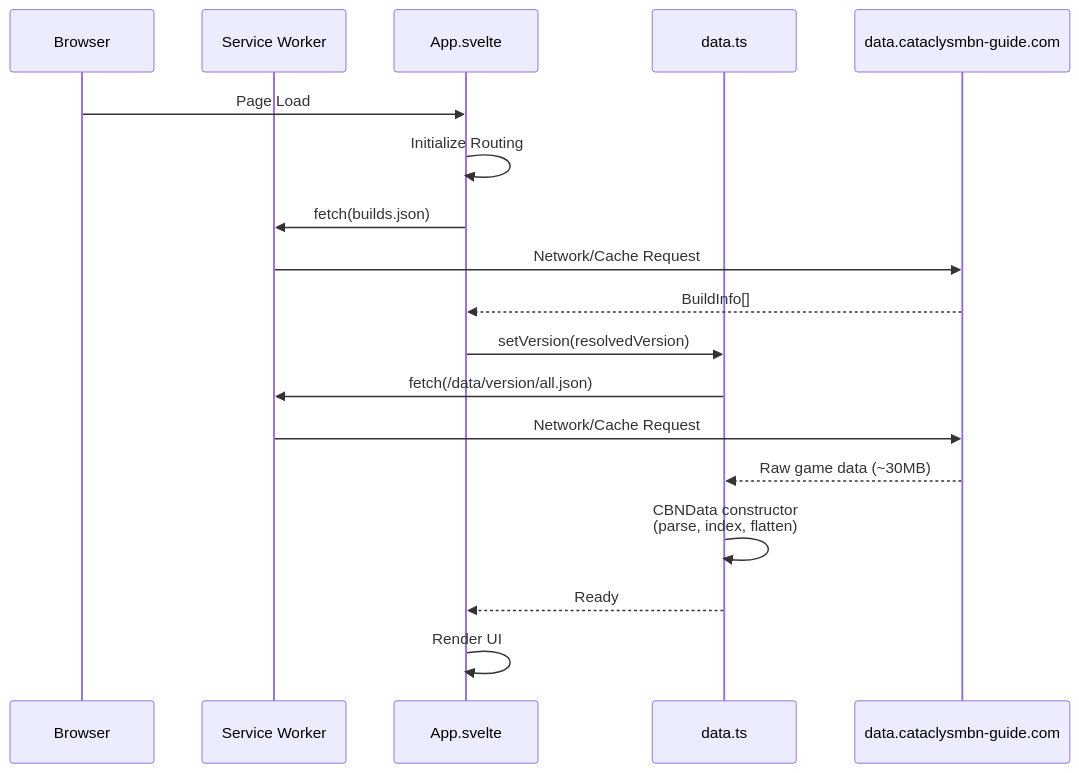
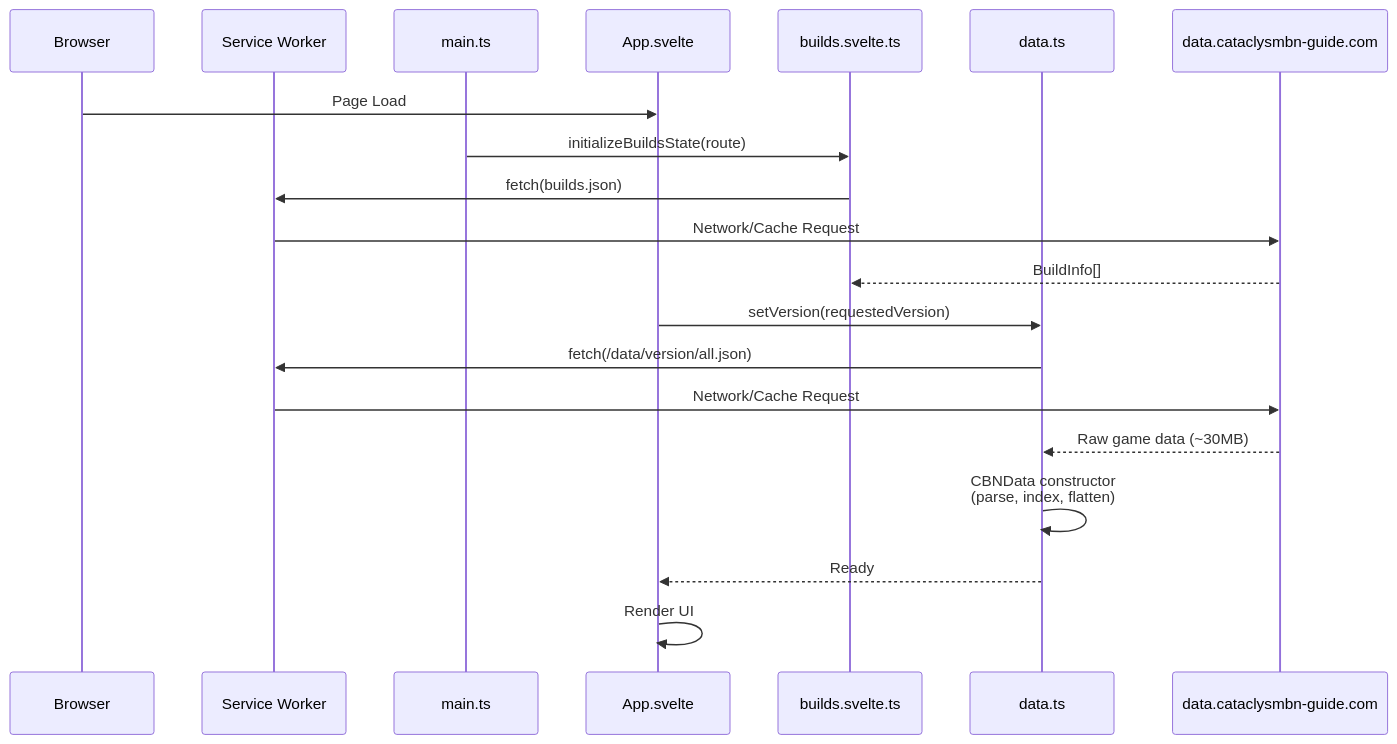
The fourth of 8 diagrams in docs/architecture.md (ushkinaz/cbn-guide), drawn with Mermaid before and after one commit. The commit also changed other lines of this file and 36 other files, not shown here.

````diff
--- a/docs/architecture.md
+++ b/docs/architecture.md
@@ -155,24 +161,26 @@
 ```mermaid
 sequenceDiagram
     participant Browser
     participant SW as Service Worker
+    participant Main as main.ts
     participant App as App.svelte
+    participant Builds as builds.svelte.ts
     participant Data as data.ts
     participant Ext as data.cataclysmbn-guide.com
 
     Browser->>App: Page Load
-    App->>App: Initialize Routing
-    App->>SW: fetch(builds.json)
+    Main->>Builds: initializeBuildsState(route)
+    Builds->>SW: fetch(builds.json)
     SW->>Ext: Network/Cache Request
-    Ext-->>App: BuildInfo[]
+    Ext-->>Builds: BuildInfo[]
 
-    App->>Data: setVersion(resolvedVersion)
+    App->>Data: setVersion(requestedVersion)
     Data->>SW: fetch(/data/version/all.json)
     SW->>Ext: Network/Cache Request
     Ext-->>Data: Raw game data (~30MB)
 
     Data->>Data: CBNData constructor<br/>(parse, index, flatten)
     Data-->>App: Ready
 
     App->>App: Render UI
 ```
````
